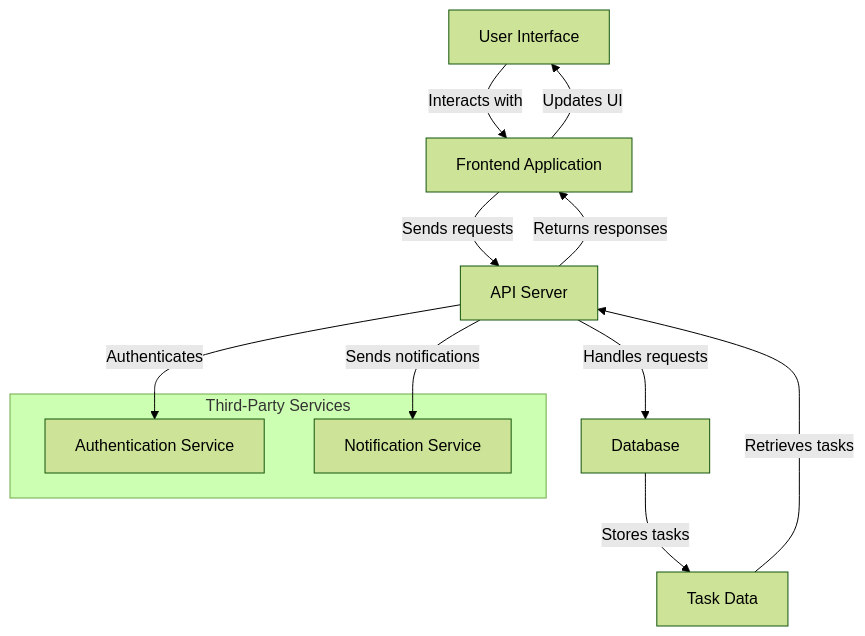
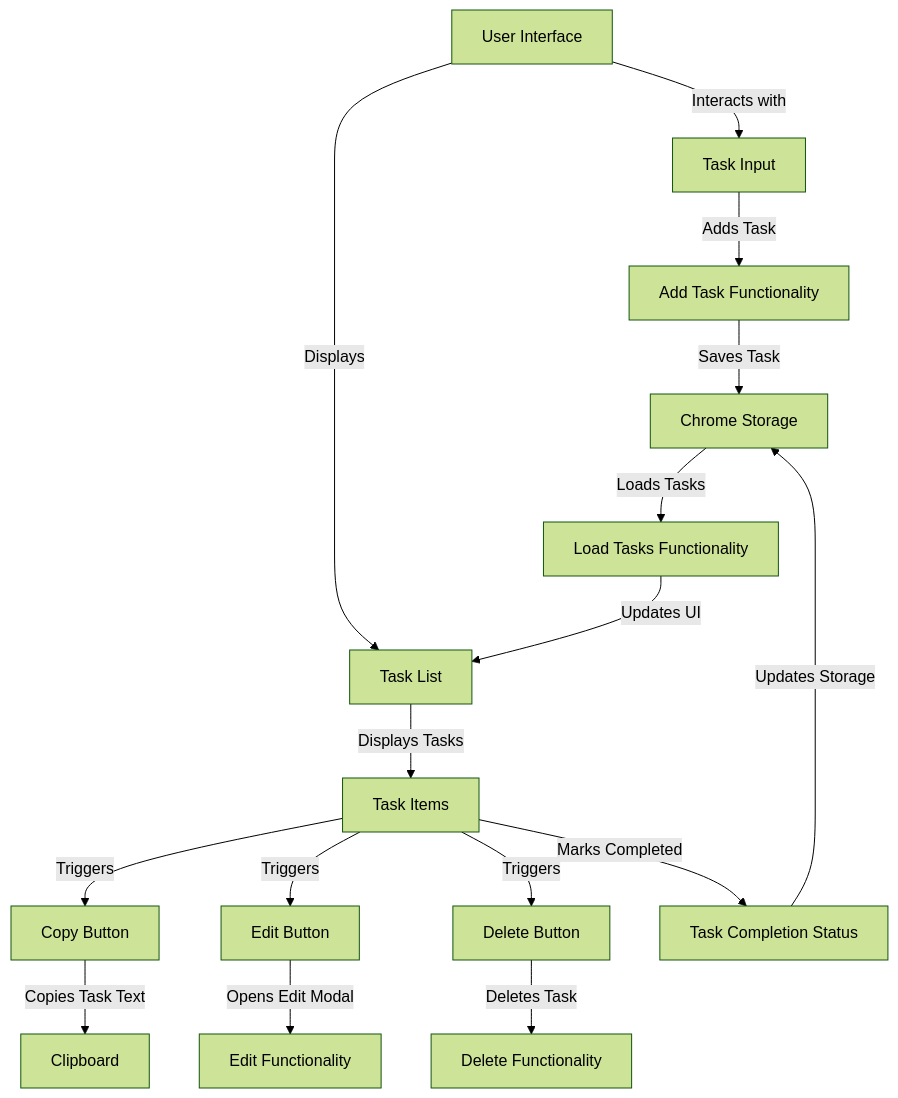
One commit to Programmer-Shivansh/Notes-Ext changed the diagram in README.md. Above: the diagram before and after it, drawn with Mermaid (forest theme).

````diff
--- a/README.md
+++ b/README.md
@@ -1,16 +1,19 @@
 ```mermaid
 graph TD;
-    A[User Interface] -->|Interacts with| B[Frontend Application];
-    B -->|Sends requests| C[API Server];
-    C -->|Handles requests| D[Database];
-    D -->|Stores tasks| E[Task Data];
-    E -->|Retrieves tasks| C;
-    C -->|Returns responses| B;
-    B -->|Updates UI| A;
-    subgraph Third-Party Services
-        F[Authentication Service]
-        G[Notification Service]
-    end
-    C -->|Authenticates| F;
-    C -->|Sends notifications| G;
+    A[User Interface] -->|Interacts with| B[Task Input];
+    A -->|Displays| C[Task List];
+    B -->|Adds Task| D[Add Task Functionality];
+    D -->|Saves Task| E[Chrome Storage];
+    C -->|Displays Tasks| F[Task Items];
+    F -->|Triggers| G[Copy Button];
+    F -->|Triggers| H[Edit Button];
+    F -->|Triggers| I[Delete Button];
+    G -->|Copies Task Text| J[Clipboard];
+    H -->|Opens Edit Modal| K[Edit Functionality];
+    I -->|Deletes Task| L[Delete Functionality];
+    E -->|Loads Tasks| M[Load Tasks Functionality];
+    M -->|Updates UI| C;
+    F -->|Marks Completed| N[Task Completion Status];
+    N -->|Updates Storage| E;
+
 ```
````
